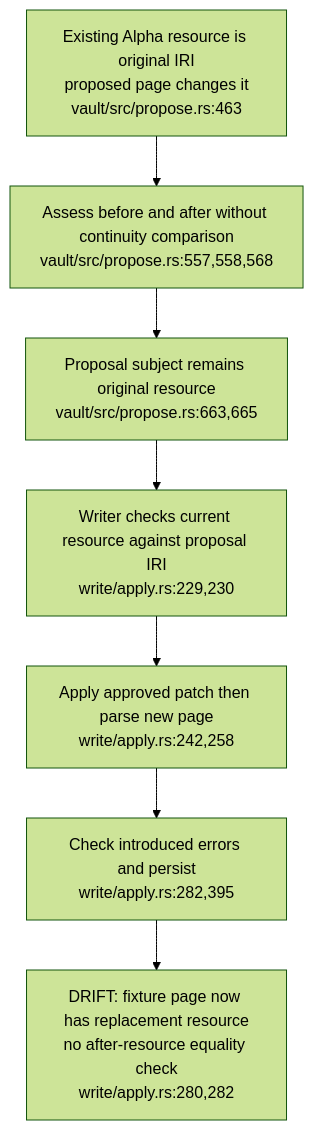
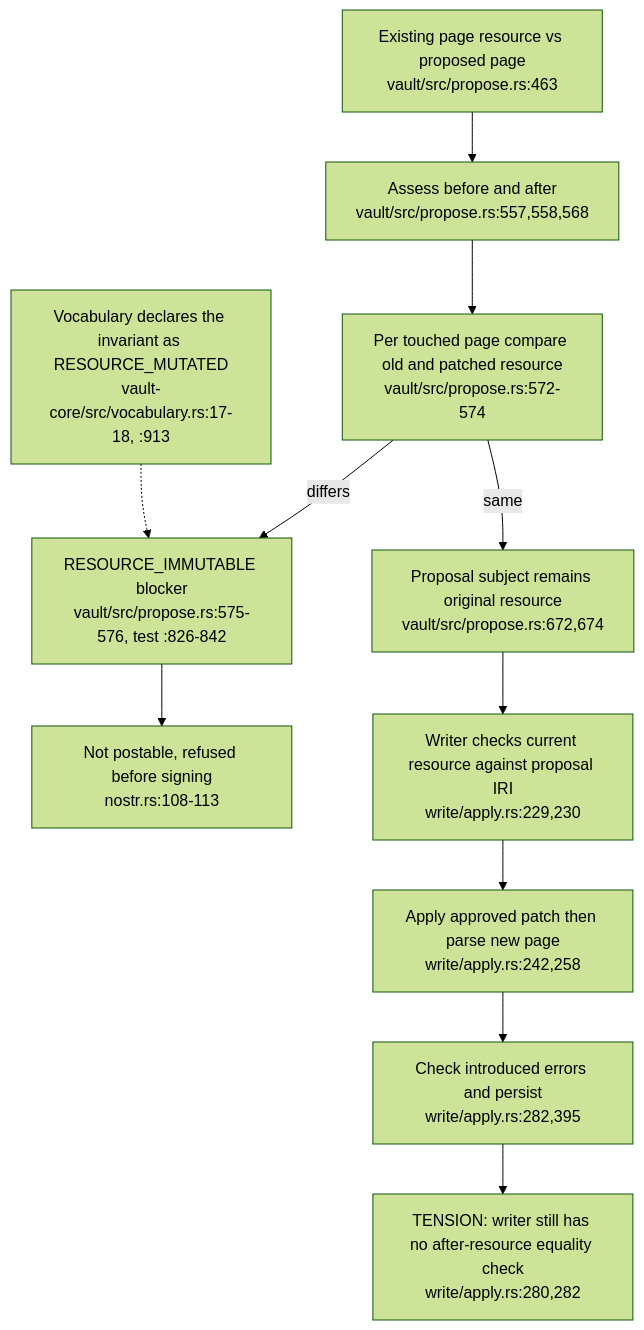
Before and after one commit to DreamLab-AI/VisionFlow: the fourth of 4 diagrams in docs/diagrams/visionclaw/41-proposal-construction-and-consumer-scope.md, drawn with Mermaid (forest theme). The commit also changed other lines of this file and 56 other files, not shown here.

First line of the commit message:
docs(diagrams): re-verify VisionClaw topics at ec785afa9, add VC-19/56/57 and the VisionClaw register

````diff
--- a/docs/diagrams/visionclaw/41-proposal-construction-and-consumer-scope.md
+++ b/docs/diagrams/visionclaw/41-proposal-construction-and-consumer-scope.md
@@ -88,9 +94,13 @@
 ```mermaid
 flowchart TD
-    B["Existing Alpha resource is original IRI<br/>proposed page changes it<br/>vault/src/propose.rs:463"] --> P["Assess before and after without continuity comparison<br/>vault/src/propose.rs:557,558,568"]
-    P --> S["Proposal subject remains original resource<br/>vault/src/propose.rs:663,665"]
+    B["Existing page resource vs proposed page<br/>vault/src/propose.rs:463"] --> P["Assess before and after<br/>vault/src/propose.rs:557,558,568"]
+    P --> RI["Per touched page compare old and patched resource<br/>vault/src/propose.rs:572-574"]
+    RI -->|differs| BL["RESOURCE_IMMUTABLE blocker<br/>vault/src/propose.rs:575-576, test :826-842"]
+    BL --> NP["Not postable, refused before signing<br/>nostr.rs:108-113"]
+    RI -->|same| S["Proposal subject remains original resource<br/>vault/src/propose.rs:672,674"]
     S --> OLD["Writer checks current resource against proposal IRI<br/>write/apply.rs:229,230"]
     OLD --> PATCH["Apply approved patch then parse new page<br/>write/apply.rs:242,258"]
     PATCH --> V["Check introduced errors and persist<br/>write/apply.rs:282,395"]
-    V --> NEW["DRIFT: fixture page now has replacement resource<br/>no after-resource equality check<br/>write/apply.rs:280,282"]
+    V --> NEW["TENSION: writer still has no after-resource equality check<br/>write/apply.rs:280,282"]
+    VOC["Vocabulary declares the invariant as RESOURCE_MUTATED<br/>vault-core/src/vocabulary.rs:17-18, :913"] -.-> BL
 ```
````
